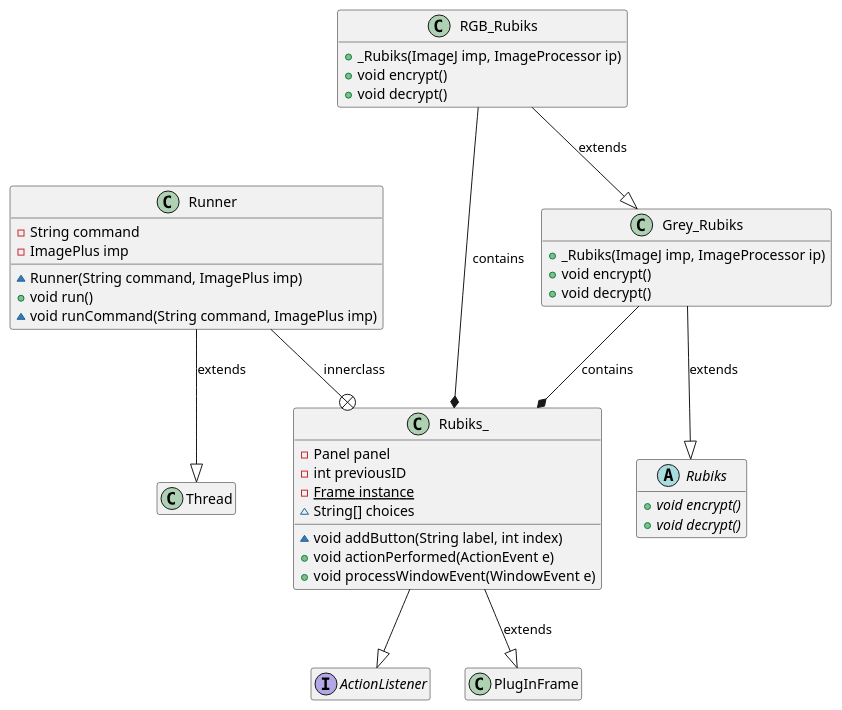
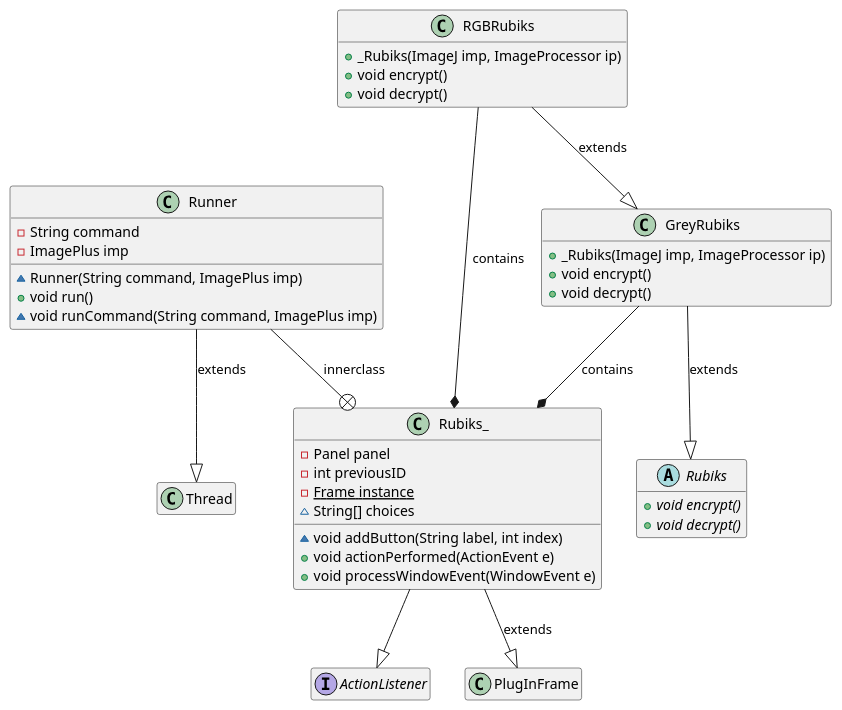
Before and after one commit to AGitsjustsilver/PHYS345-Project: the diagram in Structure.puml, drawn with PlantUML. The commit also changed 3 other files, not shown here.

```diff
--- a/Structure.puml
+++ b/Structure.puml
@@ -1,54 +1,54 @@
 @startuml
 class Rubiks_ {
     - Panel panel
     - int previousID
     {static} - Frame instance
     ~ String[] choices
 
     ~ void addButton(String label, int index)
     + void actionPerformed(ActionEvent e)
     + void processWindowEvent(WindowEvent e)
 }
 class Runner {
     - String command
     - ImagePlus imp
     ~Runner(String command, ImagePlus imp)
     + void run()
     ~ void runCommand(String command, ImagePlus imp)
 
 }
-class Grey_Rubiks {
+class GreyRubiks {
     + _Rubiks(ImageJ imp, ImageProcessor ip)
     + void encrypt()
     + void decrypt()
 
 }
-class RGB_Rubiks {
+class RGBRubiks {
     + _Rubiks(ImageJ imp, ImageProcessor ip)
     + void encrypt()
     + void decrypt()
 
 }
 abstract class Rubiks {
     {abstract} + void encrypt()
     {abstract} + void decrypt()
 }
 interface ActionListener
 class PlugInFrame
 class Thread
 
 
-RGB_Rubiks --|> Grey_Rubiks  : extends
-RGB_Rubiks --* Rubiks_ : contains
+RGBRubiks --|> GreyRubiks  : extends
+RGBRubiks --* Rubiks_ : contains
 
-Grey_Rubiks --* Rubiks_ : contains
-Grey_Rubiks --|> Rubiks : extends
+GreyRubiks --* Rubiks_ : contains
+GreyRubiks --|> Rubiks : extends
 
 Rubiks_ --|> PlugInFrame : extends
 Rubiks_ --|> ActionListener
 
 Runner --+ Rubiks_ : innerclass
 Runner --|> Thread : extends
 
 hide empty members
 @enduml
```
